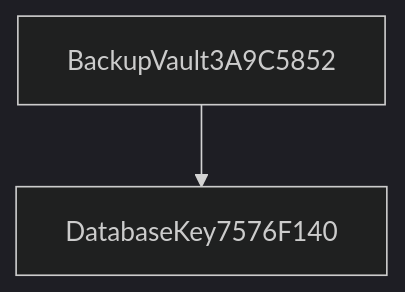
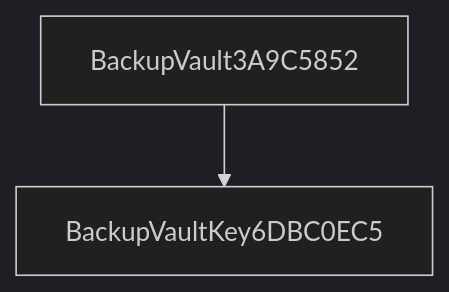
One commit to onnxscibroccoli/bank-it-operations-lab changed the fourth of 50 diagrams in inventory/ARCHITECTURE.md. Above: the diagram before and after it, drawn with Mermaid (dark theme). The commit also changed other lines of this file and 3 other files, not shown here.

Commit message:
bookkeeping (outside infra/aws-cdk + evidence/aws, needs owner review): regenerate derived inventory from refreshed synth; re-pin generated inventory/ARCHITECTURE.md hash in preserved-records; pages.json metadata for 6 new evidence .md files

````diff
--- a/inventory/ARCHITECTURE.md
+++ b/inventory/ARCHITECTURE.md
@@ -68,6 +68,6 @@
 ```mermaid
 flowchart TD
   source["BackupVault3A9C5852"]
-  n0["DatabaseKey7576F140"]
+  n0["BackupVaultKey6DBC0EC5"]
   source --> n0
 ```
````
